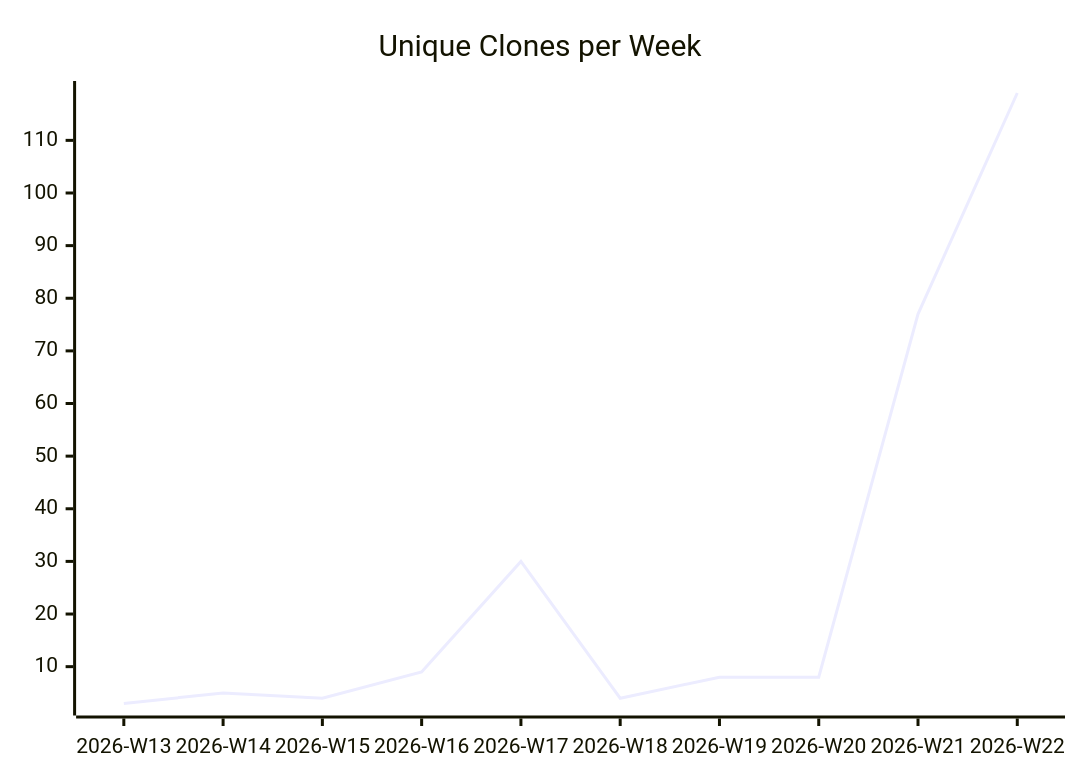
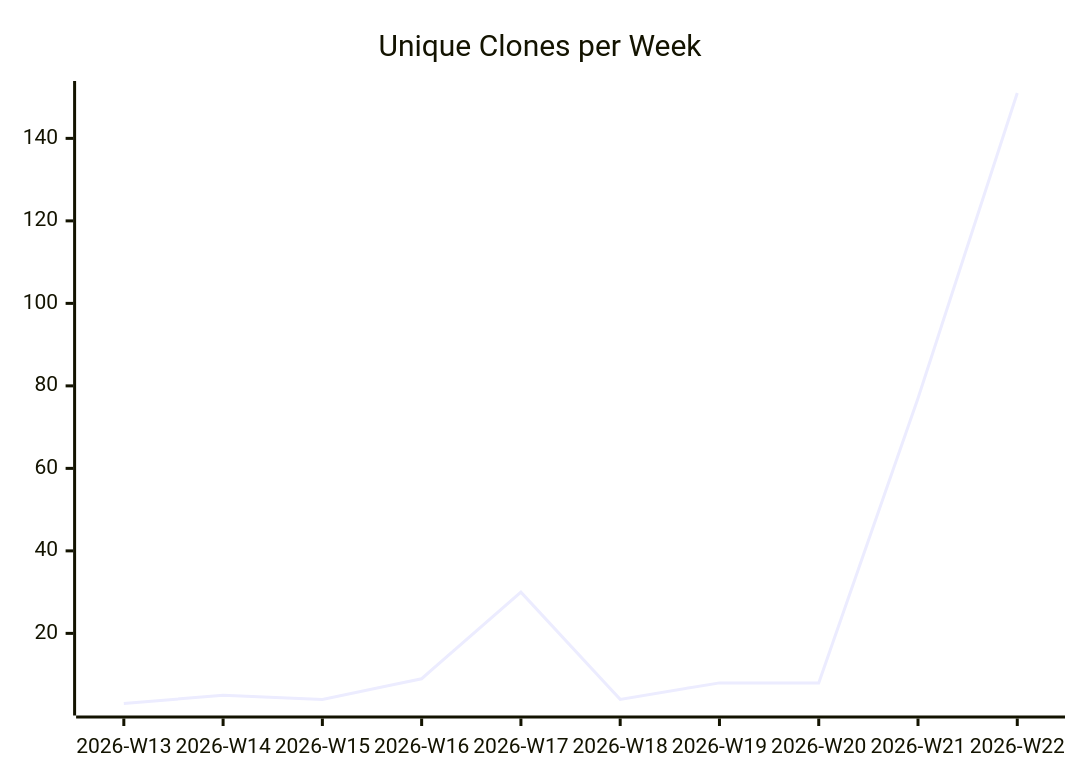
Before and after one commit to justdavis-family/github-analytics-data: the third of 3 diagrams in karlmdavis/dotfiles/README.md, drawn with Mermaid. The commit also changed other lines of this file and 191 other files, not shown here.

````diff
--- a/karlmdavis/dotfiles/README.md
+++ b/karlmdavis/dotfiles/README.md
@@ -19,6 +19,6 @@
 ```mermaid
 xychart-beta
   title "Unique Clones per Week"
   x-axis ["2026-W13", "2026-W14", "2026-W15", "2026-W16", "2026-W17", "2026-W18", "2026-W19", "2026-W20", "2026-W21", "2026-W22"]
-  line [3, 5, 4, 9, 30, 4, 8, 8, 77, 119]
+  line [3, 5, 4, 9, 30, 4, 8, 8, 77, 151]
 ```
````
